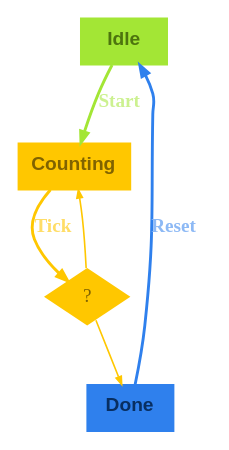
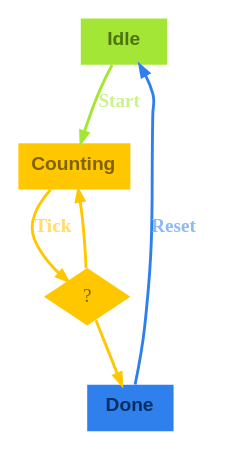
The diagram in renders/count-down_graph.dot (m-bock/purescript-transit), drawn with Graphviz before and after one commit. The commit also changed 33 other files, not shown here.

Commit message:
Update Graphviz rendering

```diff
--- a/renders/count-down_graph.dot
+++ b/renders/count-down_graph.dot
@@ -1,13 +1,13 @@
 digraph 
 {
 rankdir = "TD";fontname = "Arial";labelloc = "t";fontsize = 12.0;bgcolor = "#00000000";color = "#c8c8c8";fontcolor = "#c8c8c8";layout = "dot";rankdir = "TD"
-Idle [shape = "box", label = <<b>Idle</b>>, fontsize = 12.0, style = "filled", fillcolor = "#a3e635", fontcolor = "#4d740e", color = "#a3e635", fontname = "Arial", labelloc = "c", penwidth = 1.0, height = 0.4]
+Idle [shape = "box", label = <<b>Idle</b>>, fontsize = 12.0, style = "filled", fillcolor = "#a3e635", fontcolor = "#4d740e", color = "#a3e635", fontname = "Arial", labelloc = "c", penwidth = 0.0, height = 0.4]
 Idle -> Counting [color = "#a3e635", fontcolor = "#ccf190", fontsize = 12.0, arrowsize = "0.7", label = <<b>Start</b>>, penwidth = 1.8]
-Counting [shape = "box", label = <<b>Counting</b>>, fontsize = 12.0, style = "filled", fillcolor = "#ffc700", fontcolor = "#806300", color = "#ffc700", fontname = "Arial", labelloc = "c", penwidth = 1.0, height = 0.4]
+Counting [shape = "box", label = <<b>Counting</b>>, fontsize = 12.0, style = "filled", fillcolor = "#ffc700", fontcolor = "#806300", color = "#ffc700", fontname = "Arial", labelloc = "c", penwidth = 0.0, height = 0.4]
 decision_Counting_Tick [shape = "diamond", label = "?", fontsize = 12.0, fontcolor = "#806300", style = "filled", fillcolor = "#ffc700", penwidth = 0.0]
 Counting -> decision_Counting_Tick [color = "#ffc700", fontcolor = "#ffdd66", fontsize = 12.0, arrowsize = "0.7", label = <<b>Tick</b>>, penwidth = 1.8]
-decision_Counting_Tick -> Done [color = "#ffc700", fontcolor = "#ffdd66", fontsize = 12.0, arrowsize = "0.5", penwidth = 1.0]
-decision_Counting_Tick -> Counting [color = "#ffc700", fontcolor = "#ffdd66", fontsize = 12.0, arrowsize = "0.5", penwidth = 1.0]
-Done [shape = "box", label = <<b>Done</b>>, fontsize = 12.0, style = "filled", fillcolor = "#2f80ed", fontcolor = "#082e61", color = "#2f80ed", fontname = "Arial", labelloc = "c", penwidth = 1.0, height = 0.4]
+decision_Counting_Tick -> Done [color = "#ffc700", fontcolor = "#ffdd66", fontsize = 12.0, arrowsize = "0.7", penwidth = 1.8]
+decision_Counting_Tick -> Counting [color = "#ffc700", fontcolor = "#ffdd66", fontsize = 12.0, arrowsize = "0.7", penwidth = 1.8]
+Done [shape = "box", label = <<b>Done</b>>, fontsize = 12.0, style = "filled", fillcolor = "#2f80ed", fontcolor = "#082e61", color = "#2f80ed", fontname = "Arial", labelloc = "c", penwidth = 0.0, height = 0.4]
 Done -> Idle [color = "#2f80ed", fontcolor = "#8db9f5", fontsize = 12.0, arrowsize = "0.7", label = <<b>Reset</b>>, penwidth = 1.8]
 }
```
